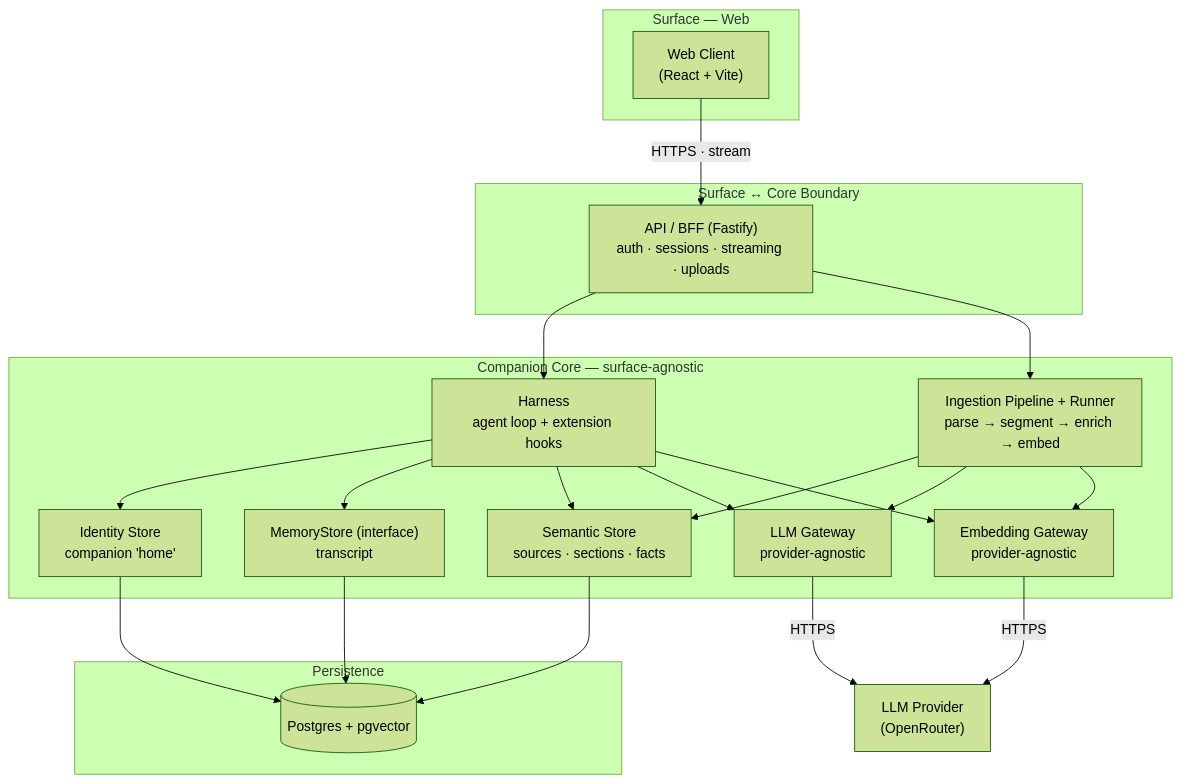
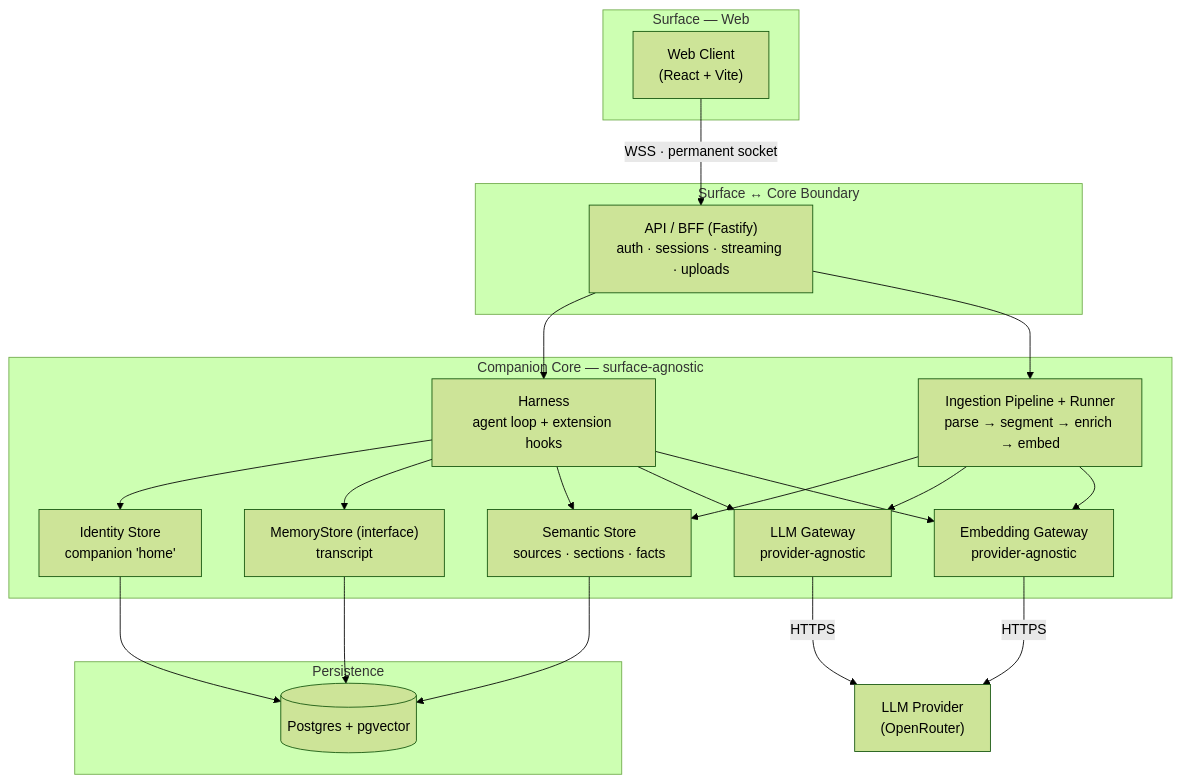
Before and after one commit to CobbleStamp/CobbleCompanion: the second of 12 diagrams in docs/architecture.md, drawn with Mermaid (forest theme). The commit also changed other lines of this file and 2 other files, not shown here.

````diff
--- a/docs/architecture.md
+++ b/docs/architecture.md
@@ -132,39 +132,39 @@
 ```mermaid
 flowchart TB
   subgraph SURFACE["Surface — Web"]
     WEB["Web Client<br/>(React + Vite)"]
   end
   subgraph BOUNDARY["Surface ↔ Core Boundary"]
     API["API / BFF (Fastify)<br/>auth · sessions · streaming · uploads"]
   end
   subgraph CORE["Companion Core — surface-agnostic"]
     H["Harness<br/>agent loop + extension hooks"]
     GW["LLM Gateway<br/>provider-agnostic"]
     EGW["Embedding Gateway<br/>provider-agnostic"]
     MEM["MemoryStore (interface)<br/>transcript"]
     SEM["Semantic Store<br/>sources · sections · facts"]
     ING["Ingestion Pipeline + Runner<br/>parse → segment → enrich → embed"]
     ID["Identity Store<br/>companion 'home'"]
   end
   subgraph DATA["Persistence"]
     PG[("Postgres + pgvector")]
   end
   LLM["LLM Provider<br/>(OpenRouter)"]
 
-  WEB -->|HTTPS · stream| API
+  WEB -->|"WSS · permanent socket"| API
   API --> H
   API --> ING
   H --> ID
   H --> MEM
   H --> SEM
   H --> GW
   H --> EGW
   ING --> SEM
   ING --> GW
   ING --> EGW
   GW -->|HTTPS| LLM
   EGW -->|HTTPS| LLM
   MEM --> PG
   SEM --> PG
   ID --> PG
 ```
````
